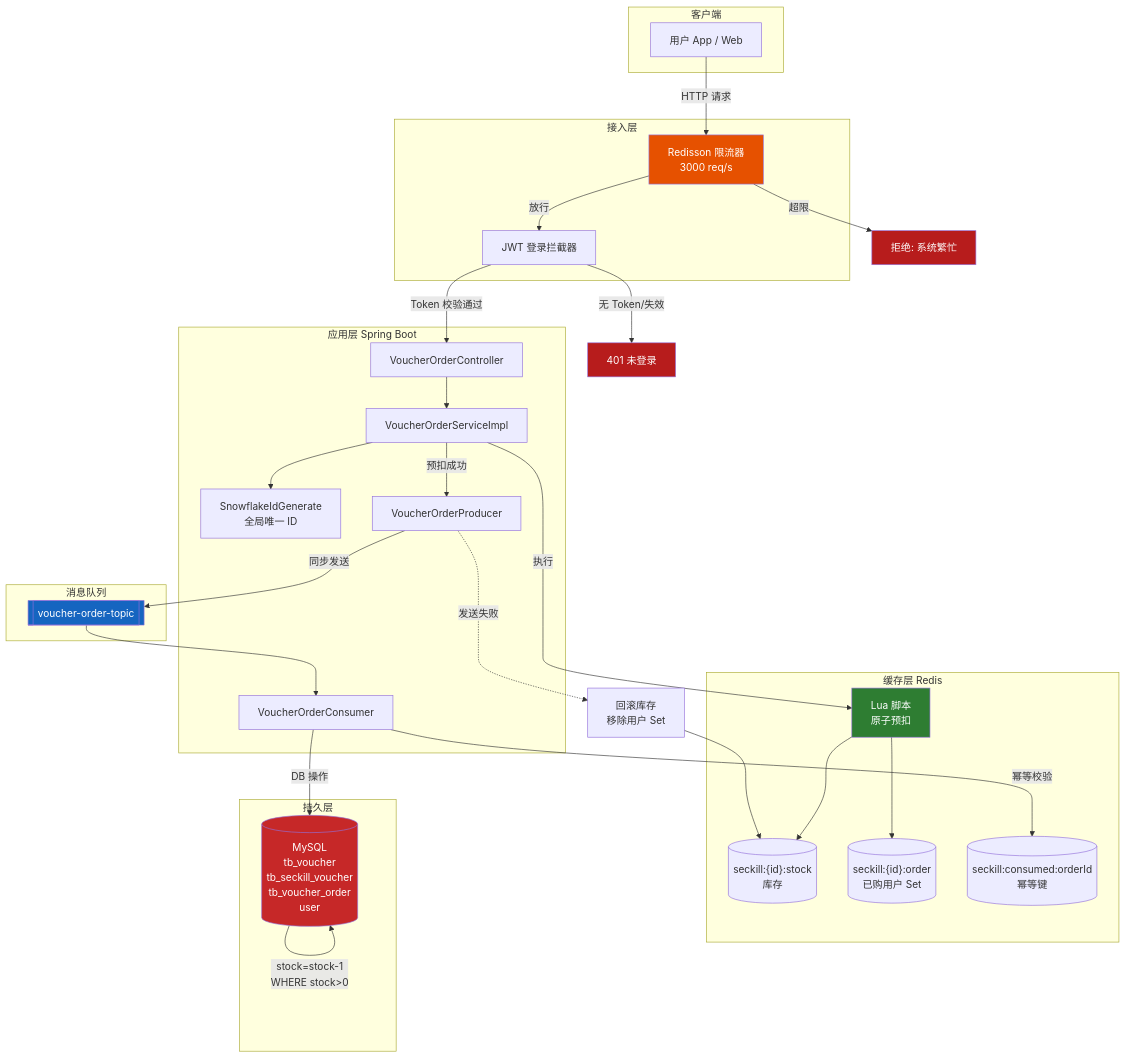
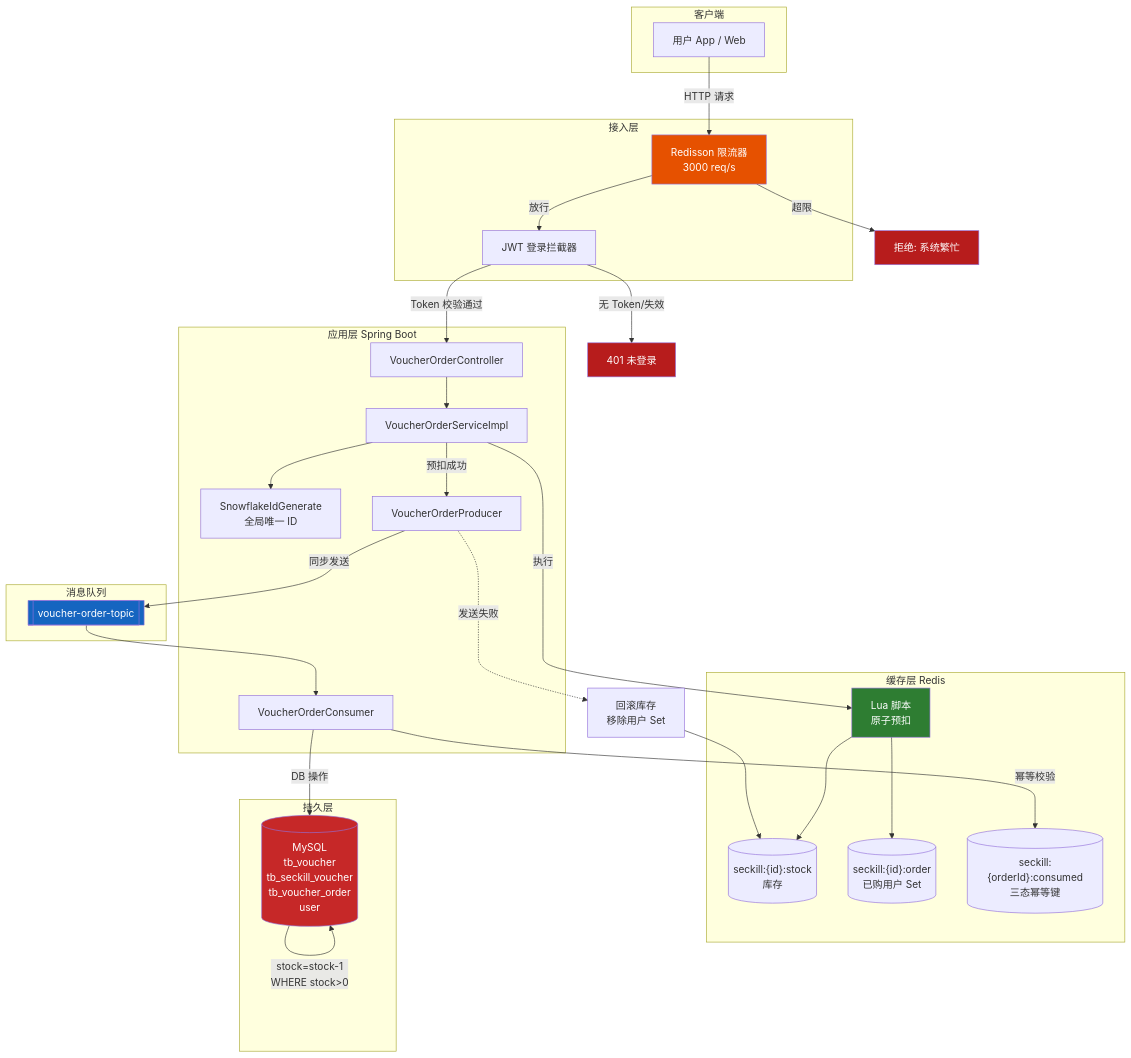
The first of 3 diagrams in README.md (Shardkiht/FlashDeal), drawn with Mermaid before and after one commit. The commit also changed other lines of this file and 7 other files, not shown here.

````diff
--- a/README.md
+++ b/README.md
@@ -67,62 +67,62 @@
 ```mermaid
 flowchart TB
     subgraph Client["客户端"]
         U["用户 App / Web"]
     end
 
     subgraph Gateway["接入层"]
         RL["Redisson 限流器<br/>3000 req/s"]
         LI["JWT 登录拦截器"]
     end
 
     subgraph App["应用层 Spring Boot"]
         CTRL["VoucherOrderController"]
         SVC["VoucherOrderServiceImpl"]
         IDG["SnowflakeIdGenerate<br/>全局唯一 ID"]
         PROD["VoucherOrderProducer"]
         CONS["VoucherOrderConsumer"]
     end
 
     subgraph Cache["缓存层 Redis"]
         STOCK[("seckill:{id}:stock<br/>库存")]
         ORDER[("seckill:{id}:order<br/>已购用户 Set")]
-        IDEM[("seckill:consumed:orderId<br/>幂等键")]
+        IDEM[("seckill:{orderId}:consumed<br/>三态幂等键")]
 
         LUA["Lua 脚本<br/>原子预扣"]
     end
 
     subgraph MQ["消息队列"]
         TOPIC[["voucher-order-topic"]]
     end
 
     subgraph DB["持久层"]
         MYSQL[("MySQL<br/>tb_voucher<br/>tb_seckill_voucher<br/>tb_voucher_order<br/>user")]
     end
 
     U -->|HTTP 请求| RL
     RL -->|放行| LI
     RL -->|超限| REJ["拒绝: 系统繁忙"]
     LI -->|Token 校验通过| CTRL
     LI -->|无 Token/失效| UNAUTH["401 未登录"]
     CTRL --> SVC
     SVC --> IDG
 
     SVC -->|执行| LUA
     LUA --> STOCK
     LUA --> ORDER
     SVC -->|预扣成功| PROD
     PROD -->|同步发送| TOPIC
     PROD -.->|发送失败| RB[回滚库存<br/>移除用户 Set]
     RB --> STOCK
     TOPIC --> CONS
     CONS -->|幂等校验| IDEM
     CONS -->|DB 操作| MYSQL
     MYSQL -->|stock=stock-1<br/>WHERE stock>0| MYSQL
 
     style RL fill:#e65100,color:#fff
     style LUA fill:#2e7d32,color:#fff
     style TOPIC fill:#1565c0,color:#fff
     style MYSQL fill:#c62828,color:#fff
     style REJ fill:#b71c1c,color:#fff
     style UNAUTH fill:#b71c1c,color:#fff
 ```
````
